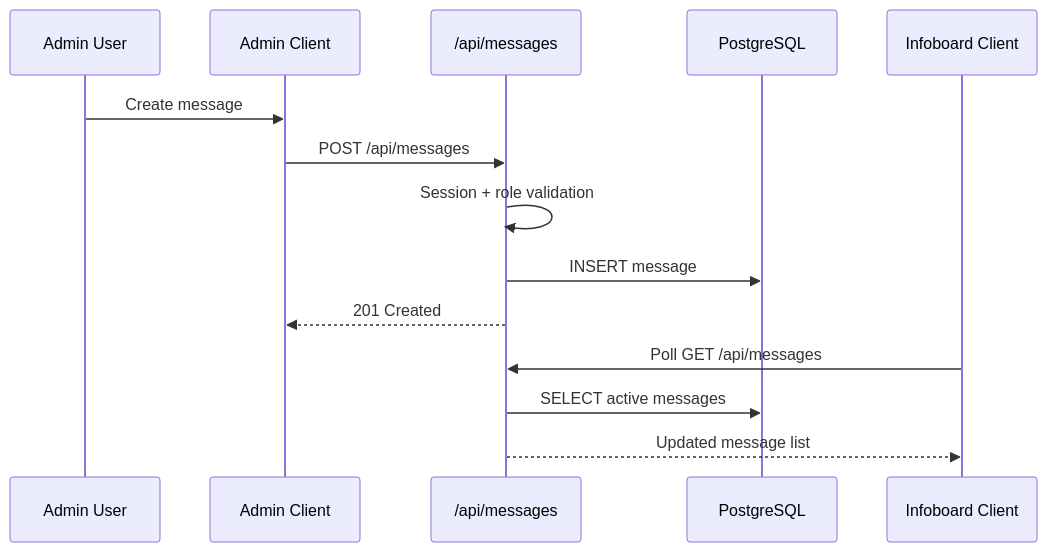
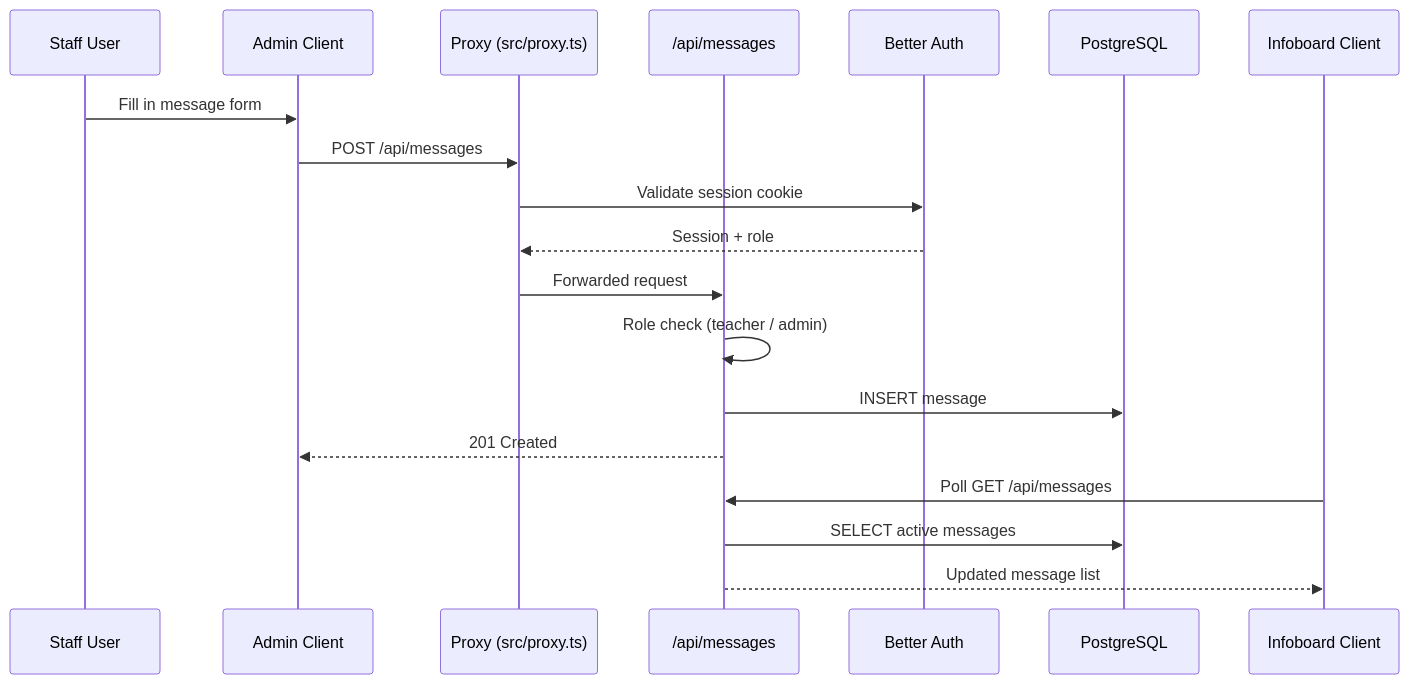
One commit to alex404hm/info_board changed the second of 3 diagrams in README.md. Above: the diagram before and after it, drawn with Mermaid. The commit also changed other lines of this file and 3 other files, not shown here.

````diff
--- a/README.md
+++ b/README.md
@@ -57,16 +119,22 @@
 ```mermaid
 sequenceDiagram
-	participant U as Admin User
-	participant UI as Admin Client
-	participant API as /api/messages
-	participant DB as PostgreSQL
-	participant IB as Infoboard Client
-	U->>UI: Create message
-	UI->>API: POST /api/messages
-	API->>API: Session + role validation
-	API->>DB: INSERT message
-	API-->>UI: 201 Created
-	IB->>API: Poll GET /api/messages
-	API->>DB: SELECT active messages
-	API-->>IB: Updated message list
+    participant U as Staff User
+    participant UI as Admin Client
+    participant P as Proxy (src/proxy.ts)
+    participant API as /api/messages
+    participant Auth as Better Auth
+    participant DB as PostgreSQL
+    participant IB as Infoboard Client
+
+    U->>UI: Fill in message form
+    UI->>P: POST /api/messages
+    P->>Auth: Validate session cookie
+    Auth-->>P: Session + role
+    P->>API: Forwarded request
+    API->>API: Role check (teacher / admin)
+    API->>DB: INSERT message
+    API-->>UI: 201 Created
+    IB->>API: Poll GET /api/messages
+    API->>DB: SELECT active messages
+    API-->>IB: Updated message list
 ```
````
